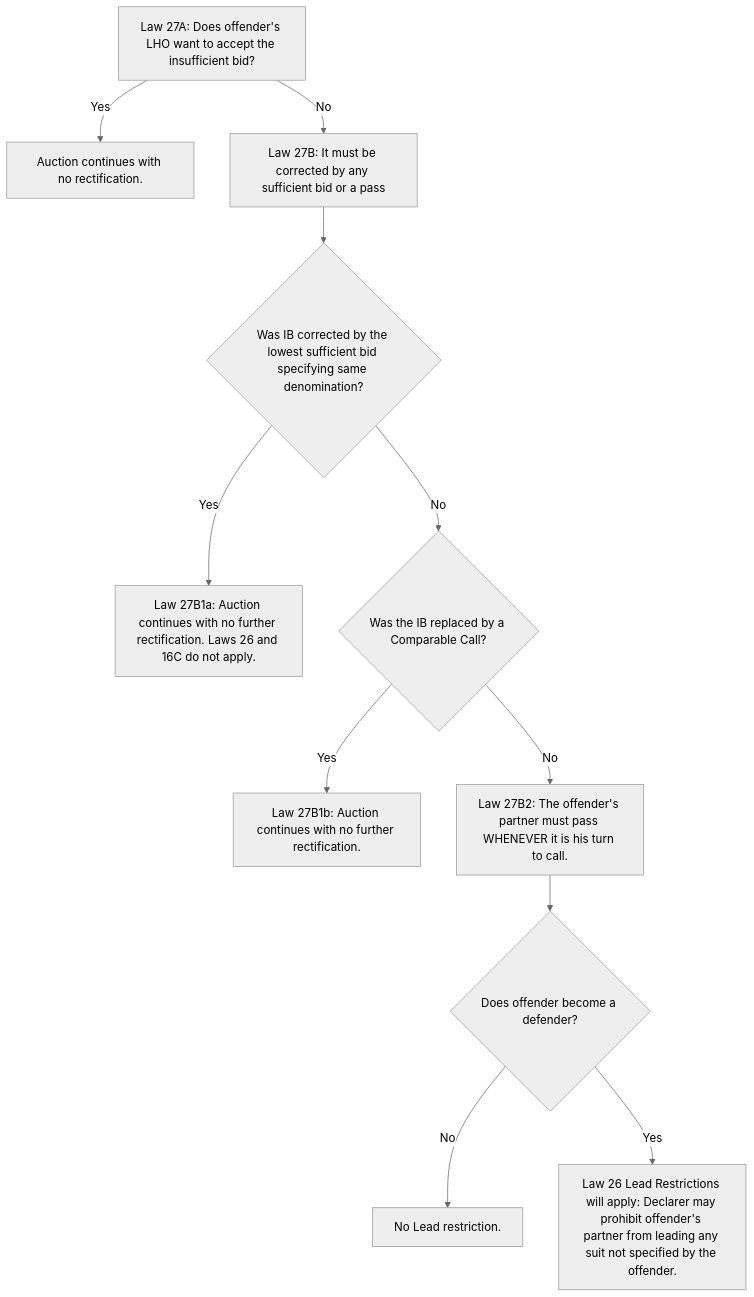
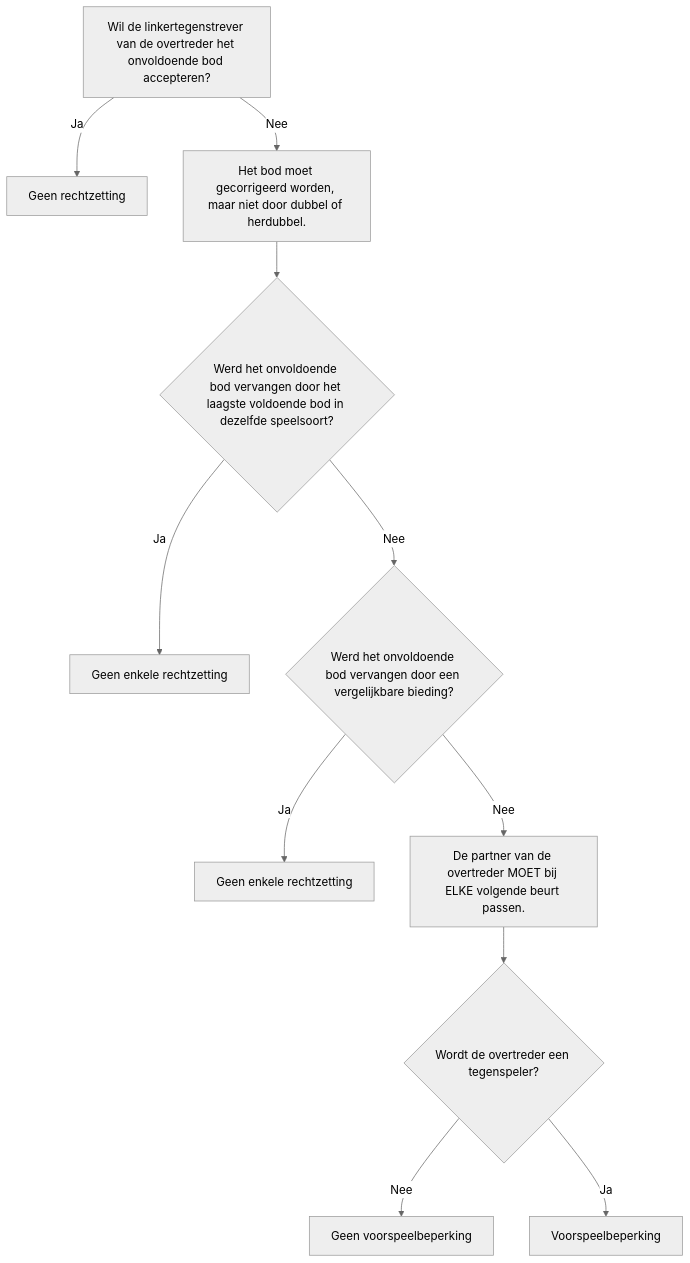
Before and after one commit to tcorneli/CTL-instructies: the diagram in onvoldoende-bod.md, drawn with Mermaid (neutral theme).

Commit message:
Add Dutch translations to insufficient bid flowchart
Updated the flowchart to include Dutch language options for insufficient bids.

````diff
--- a/onvoldoende-bod.md
+++ b/onvoldoende-bod.md
@@ -1,13 +1,16 @@
 ```mermaid
+---
+Onvoldoende bod
+---
 graph TD
-    A[Law 27A: Does offender's LHO want to accept the insufficient bid?] -->|Yes| B[Auction continues with no rectification.]
-    A -->|No| C[Law 27B: It must be corrected by any sufficient bid or a pass]
-    C --> D{Was IB corrected by the lowest sufficient bid specifying same denomination?}
-    D -->|Yes| E[Law 27B1a: Auction continues with no further rectification. Laws 26 and 16C do not apply.]
-    D -->|No| F{Was the IB replaced by a Comparable Call?}
-    F -->|Yes| G[Law 27B1b: Auction continues with no further rectification.]
-    F -->|No| H[Law 27B2: The offender's partner must pass WHENEVER it is his turn to call.]
-    H --> I{Does offender become a defender?}
-    I -->|No| J[No Lead restriction.]
-    I -->|Yes| K[Law 26 Lead Restrictions will apply: Declarer may prohibit offender's partner from leading any suit not specified by the offender.]
+    A[Wil de linkertegenstrever van de overtreder het onvoldoende bod accepteren?] -->|Ja| B[Geen rechtzetting]
+    A -->|Nee| C[Het bod moet gecorrigeerd worden, maar niet door dubbel of herdubbel.]
+    C --> D{Werd het onvoldoende bod vervangen door het laagste voldoende bod in dezelfde speelsoort?}
+    D -->|Ja| E[Geen enkele rechtzetting]
+    D -->|Nee| F{Werd het onvoldoende bod vervangen door een vergelijkbare bieding?}
+    F -->|Ja| G[Geen enkele rechtzetting]
+    F -->|Nee| H[De partner van de overtreder MOET bij ELKE volgende beurt passen.]
+    H --> I{Wordt de overtreder een tegenspeler?}
+    I -->|Nee| J[Geen voorspeelbeperking]
+    I -->|Ja| K[Voorspeelbeperking]
 ```
````
